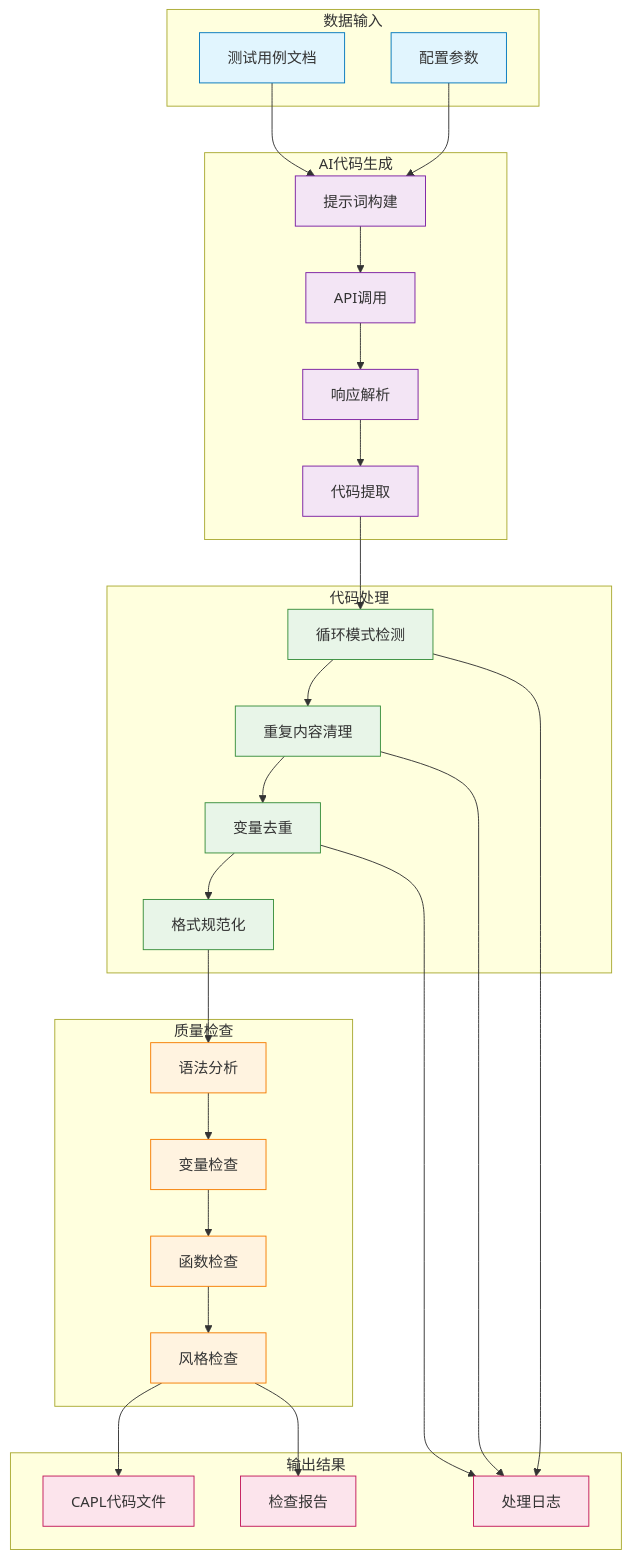
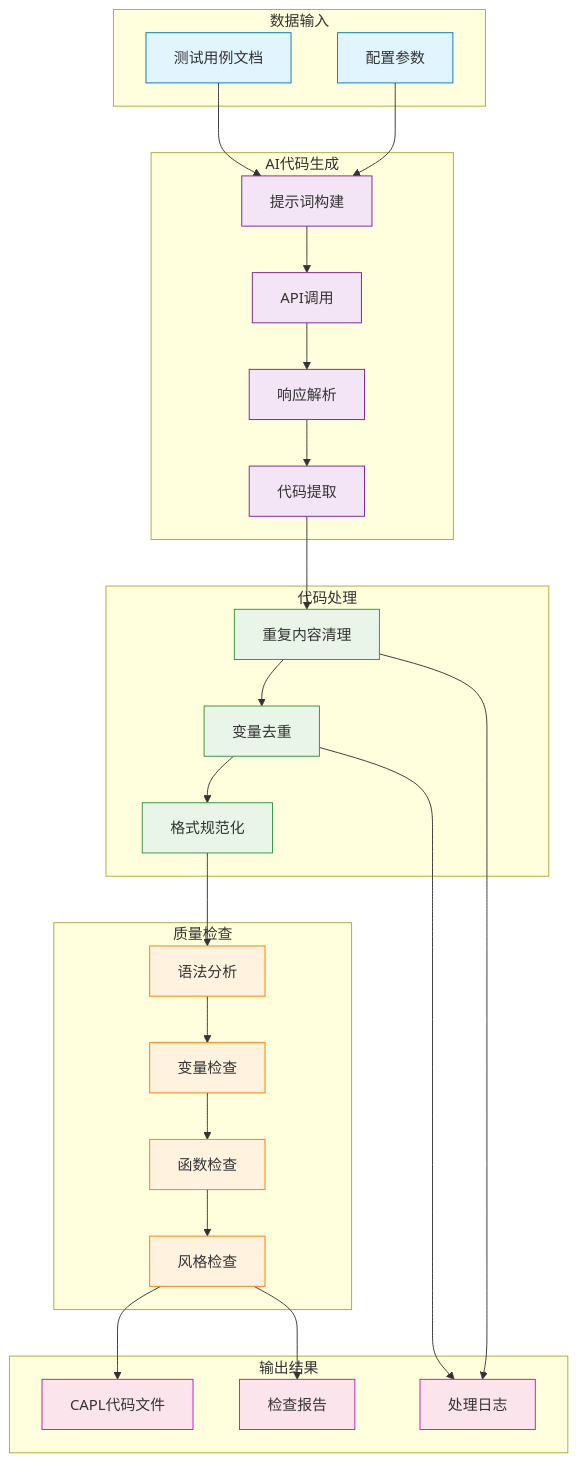
One commit to robertsong2000/testcase_AI_generator changed the third of 5 diagrams in docs/capl_workflow_diagram.md. Above: the diagram before and after it, drawn with Mermaid. The commit also changed other lines of this file and 1 other file, not shown here.

````diff
--- a/docs/capl_workflow_diagram.md
+++ b/docs/capl_workflow_diagram.md
@@ -124,66 +116,63 @@
 ```mermaid
 flowchart TD
     subgraph "数据输入"
         A[测试用例文档]
         B[配置参数]
     end
     
     subgraph "AI代码生成"
         C[提示词构建]
         D[API调用]
         E[响应解析]
         F[代码提取]
     end
     
     subgraph "代码处理"
-        G[循环模式检测]
         H[重复内容清理]
         I[变量去重]
         J[格式规范化]
     end
     
     subgraph "质量检查"
         K[语法分析]
         L[变量检查]
         M[函数检查]
         N[风格检查]
     end
     
     subgraph "输出结果"
         O[CAPL代码文件]
         P[检查报告]
         Q[处理日志]
     end
     
     A --> C
     B --> C
     C --> D
     D --> E
     E --> F
-    F --> G
-    G --> H
+    F --> H
     H --> I
     I --> J
     J --> K
     K --> L
     L --> M
     M --> N
     N --> O
     N --> P
-    G --> Q
     H --> Q
     I --> Q
     
     %% 样式定义
     classDef input fill:#e1f5fe,stroke:#0277bd
     classDef ai fill:#f3e5f5,stroke:#7b1fa2
     classDef process fill:#e8f5e8,stroke:#388e3c
     classDef check fill:#fff3e0,stroke:#f57c00
-    classDef output fill:#fce4ec,stroke:#c2185b
+    classDef output fill:#fce4ec,stroke:#c218b5
     
     class A,B input
     class C,D,E,F ai
-    class G,H,I,J process
+    class H,I,J process
     class K,L,M,N check
     class O,P,Q output
 ```
````
